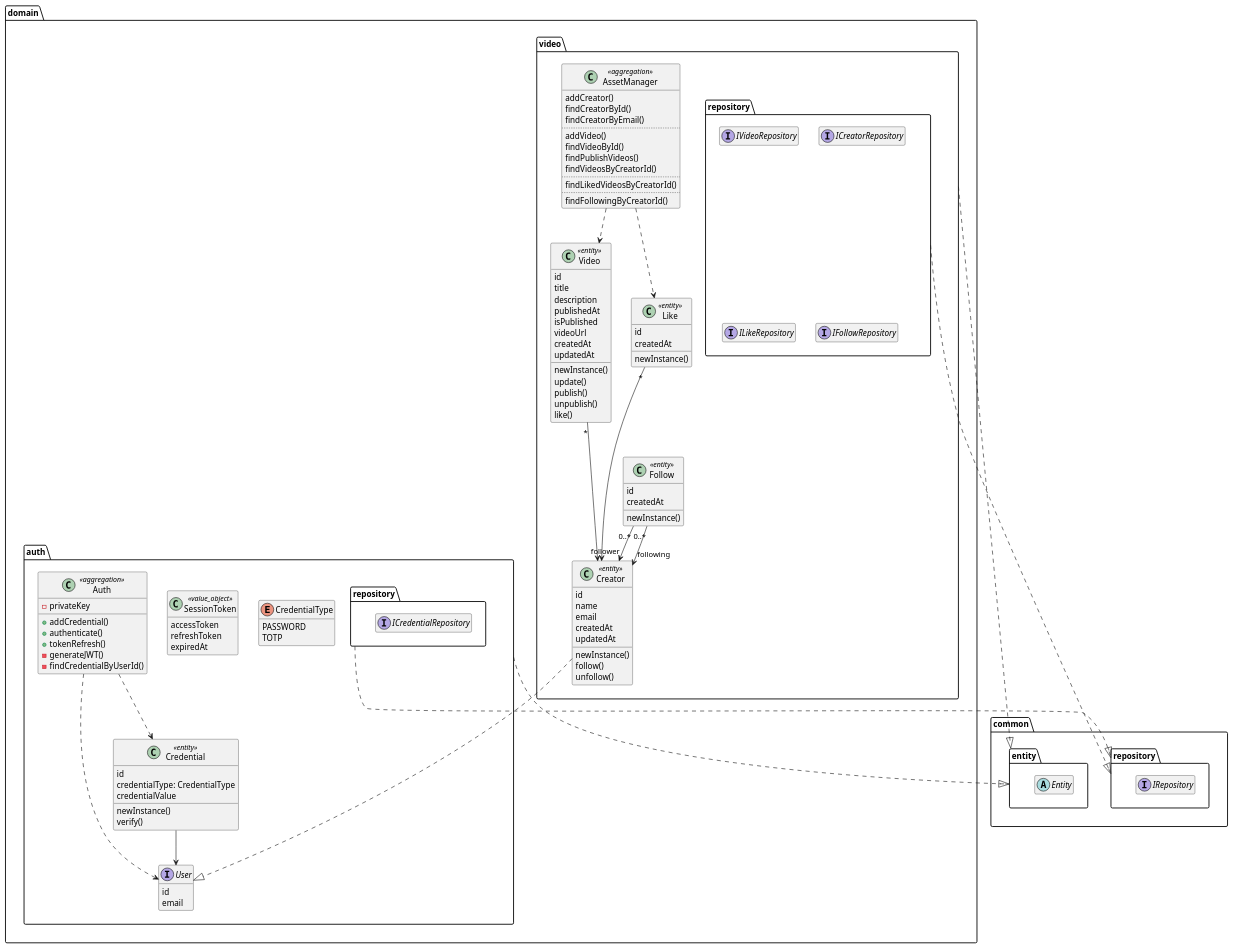
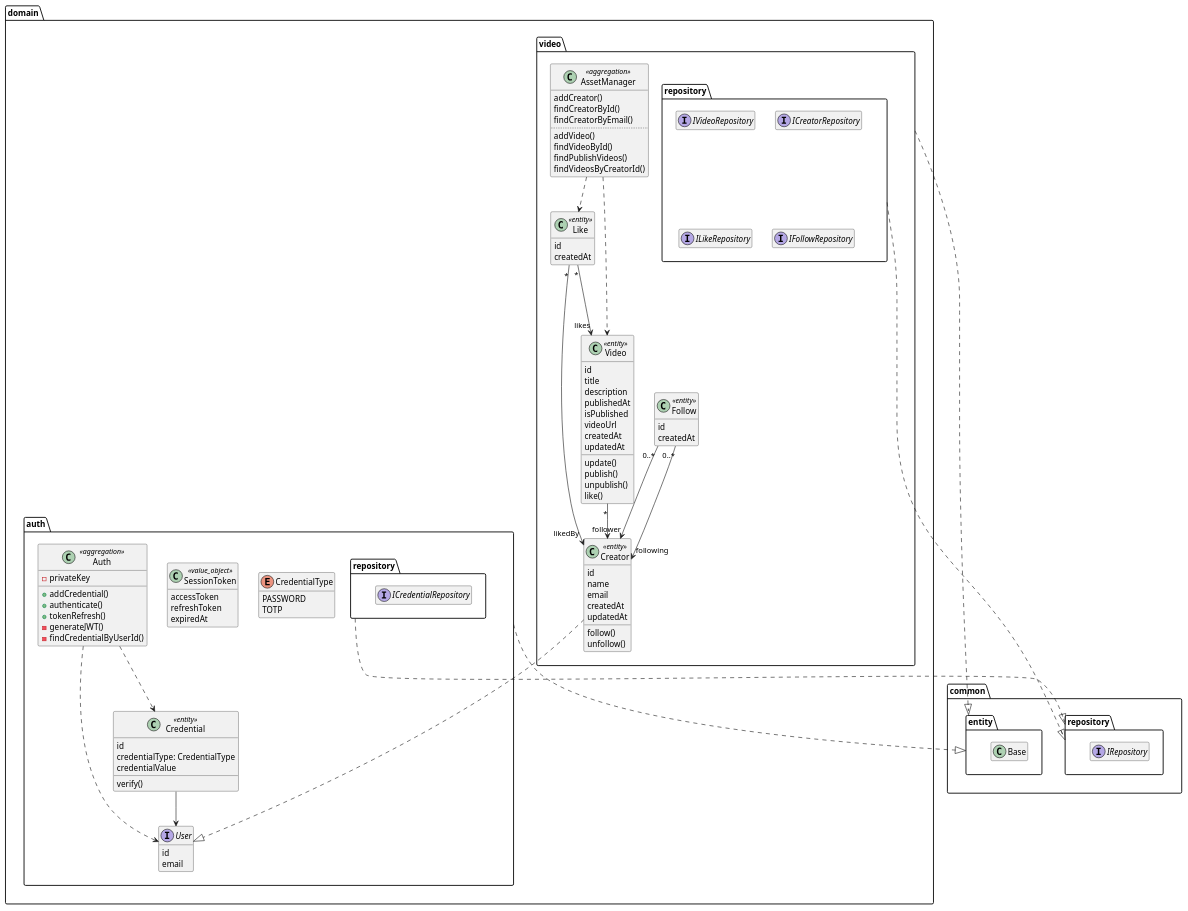
Before and after one commit to Xaes/nicasource-demo: the diagram in design/domain.puml, drawn with PlantUML.

Commit message:
Updated UML diagrams.

```diff
--- a/design/domain.puml
+++ b/design/domain.puml
@@ -1,143 +1,133 @@
 @startuml domain
 hide empty members
 
 namespace common.repository {
   interface IRepository
 }
 
 namespace common.entity {
-  abstract Entity
+  class Base
 }
 
 namespace domain.video {
 
   class AssetManager <<aggregation>> {
     addCreator()
     findCreatorById()
     findCreatorByEmail()
     ..
     addVideo()
     findVideoById()
     findPublishVideos()
     findVideosByCreatorId()
-    ..
-    findLikedVideosByCreatorId()
-    ..
-    findFollowingByCreatorId()
   }
 
   class Video <<entity>> {
     id
     title
     description
     publishedAt
     isPublished
     videoUrl
     createdAt
     updatedAt
 
-    newInstance()
     update()
     publish()
     unpublish()
     like()
   }
 
   class Like <<entity>> {
     id
     createdAt
-
-    newInstance()
   }
 
   class Follow <<entity>> {
     id
     createdAt
-
-    newInstance()
   }
 
 
   class Creator <<entity>> {
     id
     name
     email
     createdAt
     updatedAt
 
-    newInstance()
     follow()
     unfollow()
   }
 
 
   AssetManager ..> Video
   AssetManager ..> Like
   Video "*"--> Creator
-  Like "*" ---> Creator
+  Like "*" ---> "likedBy" Creator
+  Like "*" ---> "likes" Video
 
   Follow "0..*" -->  "follower" Creator
   Follow "0..*" --> "following" Creator
 }
 
 namespace domain.auth {
 
   enum CredentialType {
     PASSWORD
     TOTP
   }
 
   class SessionToken <<value_object>> {
     accessToken
     refreshToken
     expiredAt
   }
 
   class Auth <<aggregation>> {
     - privateKey
 
     + addCredential()
     + authenticate()
     + tokenRefresh()
     - generateJWT()
     - findCredentialByUserId()
   }
 
   interface User {
     id
     email
   }
 
   class Credential <<entity>> {
     id
     credentialType: CredentialType
     credentialValue
 
-    newInstance()
     verify()
   }
 
   Auth ..> User
   Auth ..> Credential
   Credential --> User
 }
 
 namespace domain.video.repository {
   interface IVideoRepository
   interface ICreatorRepository
   interface ILikeRepository
   interface IFollowRepository
 }
 
 namespace domain.auth.repository {
   interface ICredentialRepository
 }
 
 domain.video.Creator ...|> domain.auth.User
 
 domain.video ..|> common.entity
 domain.auth ..|> common.entity
 
 domain.video.repository ...|> common.repository
 domain.auth.repository ..|> common.repository
 @enduml
```
